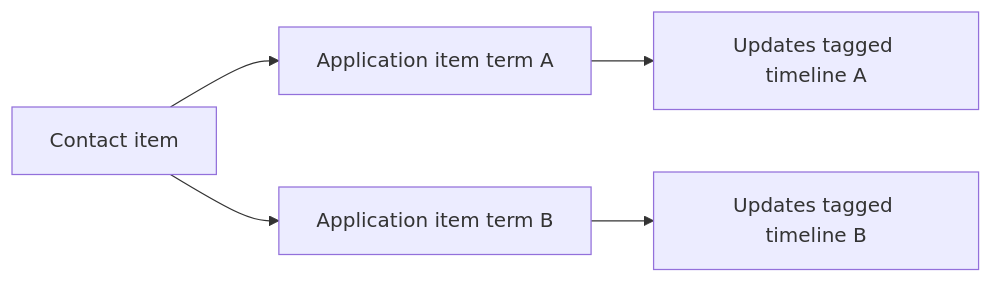
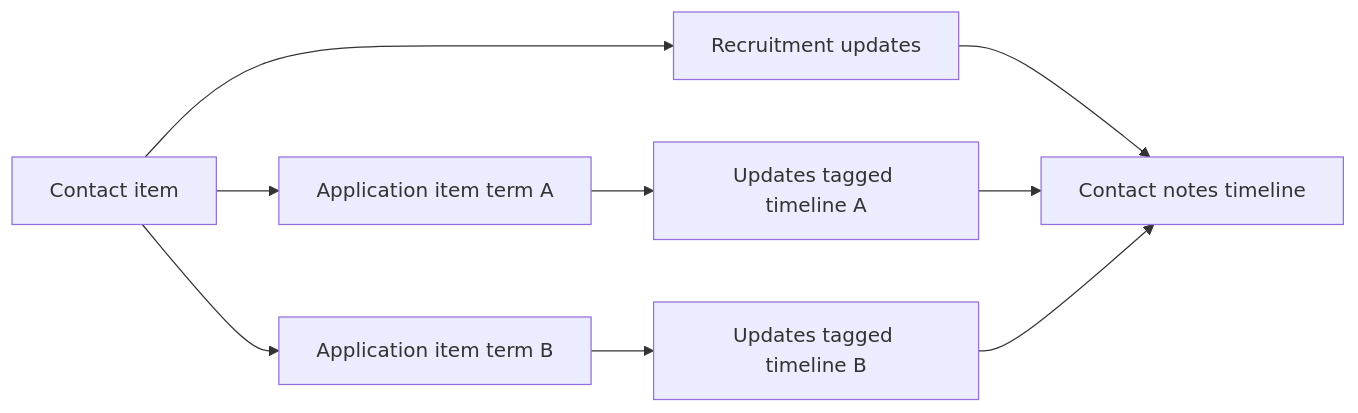
One commit to henrytroyer/monday changed the diagram in docs/crm-term-notes.md. Above: the diagram before and after it, drawn with Mermaid. The commit also changed other lines of this file and 97 other files, not shown here.

First line of the commit message:
Add live applications portal, contact hub features, and monday integrations.

````diff
--- a/docs/crm-term-notes.md
+++ b/docs/crm-term-notes.md
@@ -50,10 +82,14 @@
 ```mermaid
 flowchart LR
   Contact[Contact item]
   App1[Application item term A]
   App2[Application item term B]
+  Contact --> RecNotes[Recruitment updates]
   Contact --> App1
   Contact --> App2
   App1 --> NotesA[Updates tagged timeline A]
   App2 --> NotesB[Updates tagged timeline B]
+  RecNotes --> Hub[Contact notes timeline]
+  NotesA --> Hub
+  NotesB --> Hub
 ```
````
